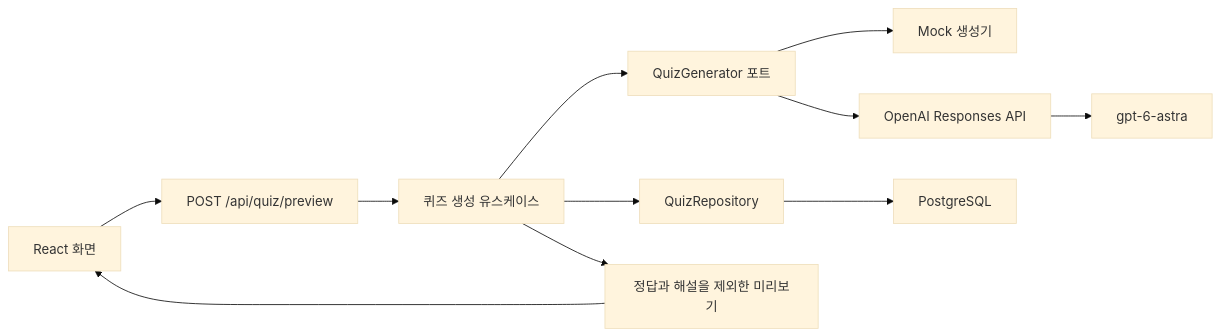
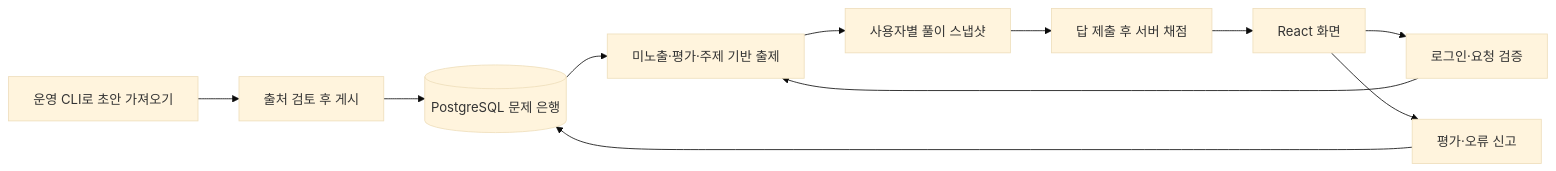
One commit to Myuceller/QuizOneBite changed the diagram in docs/architecture.md. Above: the diagram before and after it, drawn with Mermaid (base theme). The commit also changed other lines of this file and 35 other files, not shown here.

Commit message:
feat: add question bank gameplay and community feedback (#6)

````diff
--- a/docs/architecture.md
+++ b/docs/architecture.md
@@ -7,13 +7,13 @@
 ```mermaid
 flowchart LR
-  UI[React 화면] --> API[POST /api/quiz/preview]
-  API --> APP[퀴즈 생성 유스케이스]
-  APP --> PORT[QuizGenerator 포트]
-  PORT --> MOCK[Mock 생성기]
-  PORT --> OPENAI[OpenAI Responses API]
-  OPENAI --> ASTRA[gpt-6-astra]
-  APP --> REPO[QuizRepository]
-  REPO --> DB[PostgreSQL]
-  APP --> DTO[정답과 해설을 제외한 미리보기]
-  DTO --> UI
+  IMPORT[운영 CLI로 초안 가져오기] --> REVIEW[출처 검토 후 게시]
+  REVIEW --> BANK[(PostgreSQL 문제 은행)]
+  UI[React 화면] --> API[로그인·요청 검증]
+  API --> SELECT[미노출·평가·주제 기반 출제]
+  BANK --> SELECT
+  SELECT --> SNAPSHOT[사용자별 풀이 스냅샷]
+  SNAPSHOT --> GRADE[답 제출 후 서버 채점]
+  GRADE --> UI
+  UI --> FEEDBACK[평가·오류 신고]
+  FEEDBACK --> BANK
 ```
````
